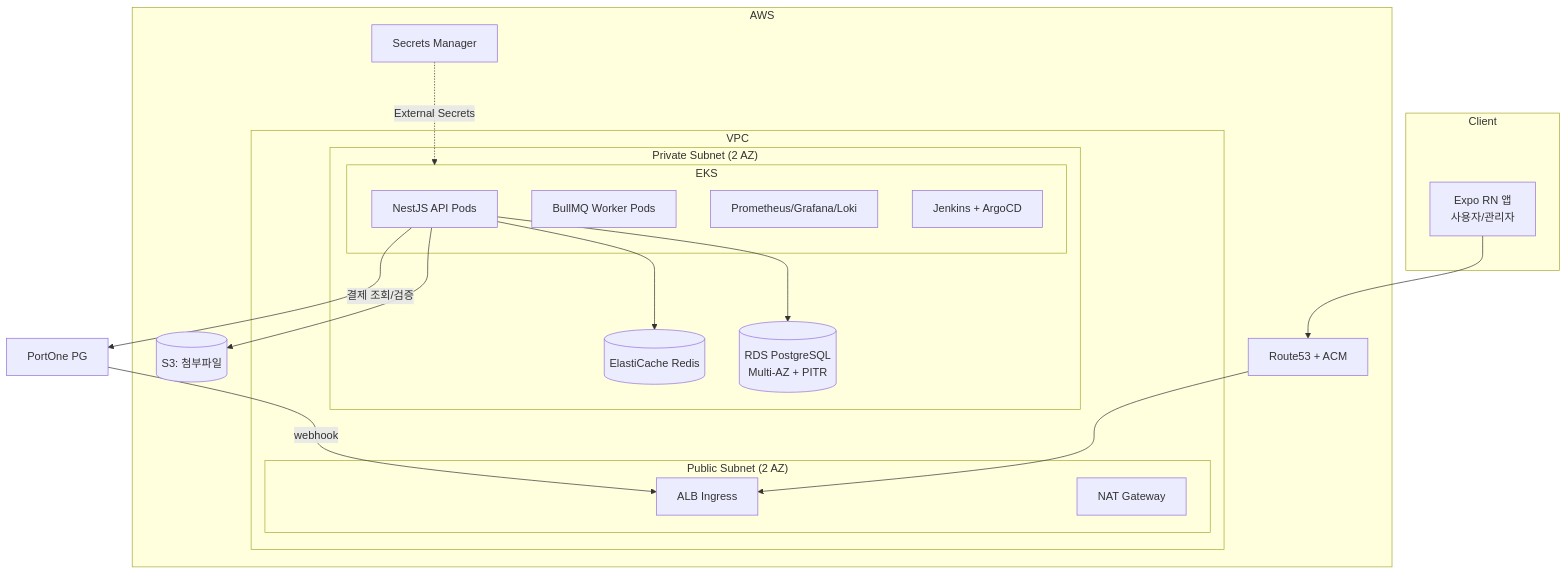
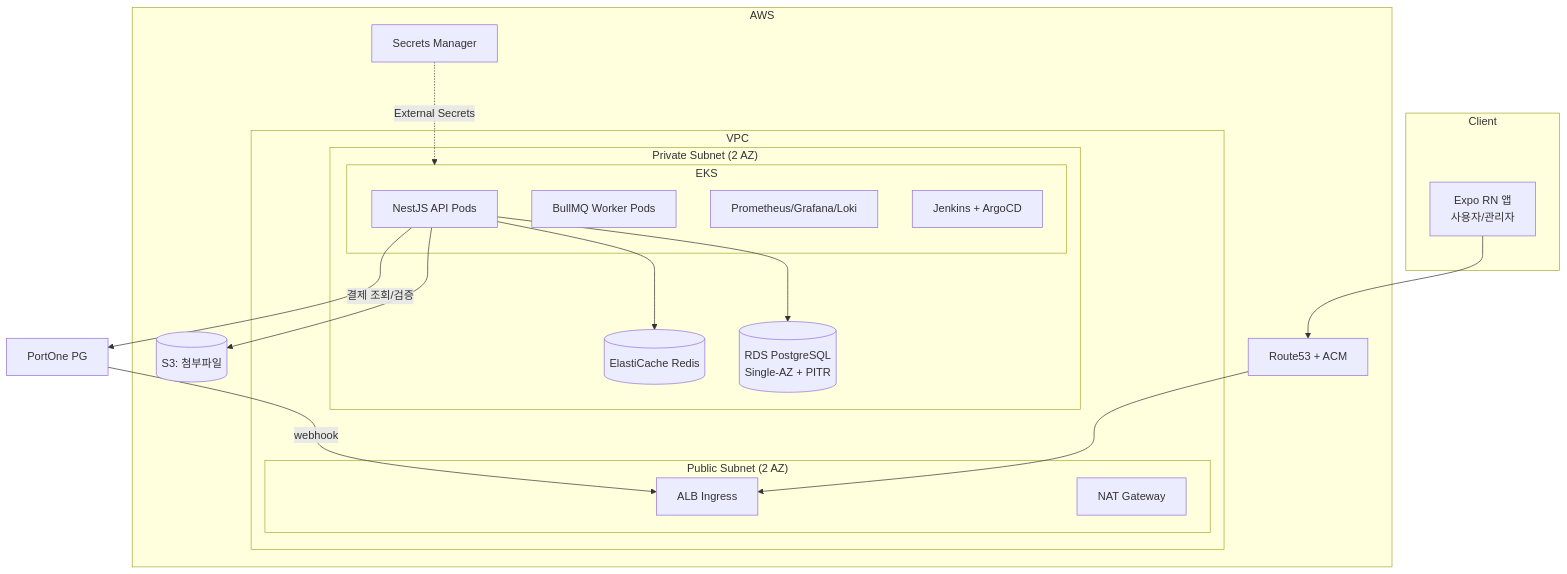
Before and after one commit to So1ky/LUNOTE: the diagram in docs/ARCHITECTURE.md, drawn with Mermaid. The commit also changed other lines of this file, not shown here.

First line of the commit message:
docs(architecture): record eks build-out and rds single-az policy

````diff
--- a/docs/ARCHITECTURE.md
+++ b/docs/ARCHITECTURE.md
@@ -35,33 +35,33 @@
 ```mermaid
 graph TB
     subgraph Client
         APP[Expo RN 앱<br/>사용자/관리자]
     end
     subgraph AWS
         R53[Route53 + ACM] --> ALB[ALB Ingress]
         subgraph VPC
             subgraph "Public Subnet (2 AZ)"
                 ALB
                 NAT[NAT Gateway]
             end
             subgraph "Private Subnet (2 AZ)"
                 subgraph EKS
                     API[NestJS API Pods]
                     WORKER[BullMQ Worker Pods]
                     OBS[Prometheus/Grafana/Loki]
                     CICD[Jenkins + ArgoCD]
                 end
-                RDS[(RDS PostgreSQL<br/>Multi-AZ + PITR)]
+                RDS[(RDS PostgreSQL<br/>Single-AZ + PITR)]
                 REDIS[(ElastiCache Redis)]
             end
         end
         S3[(S3: 첨부파일)]
         SM[Secrets Manager]
     end
     PORTONE[PortOne PG]
     APP --> R53
     API --> RDS & REDIS & S3
     PORTONE -- webhook --> ALB
     API -- 결제 조회/검증 --> PORTONE
     SM -. External Secrets .-> EKS
 ```
````
